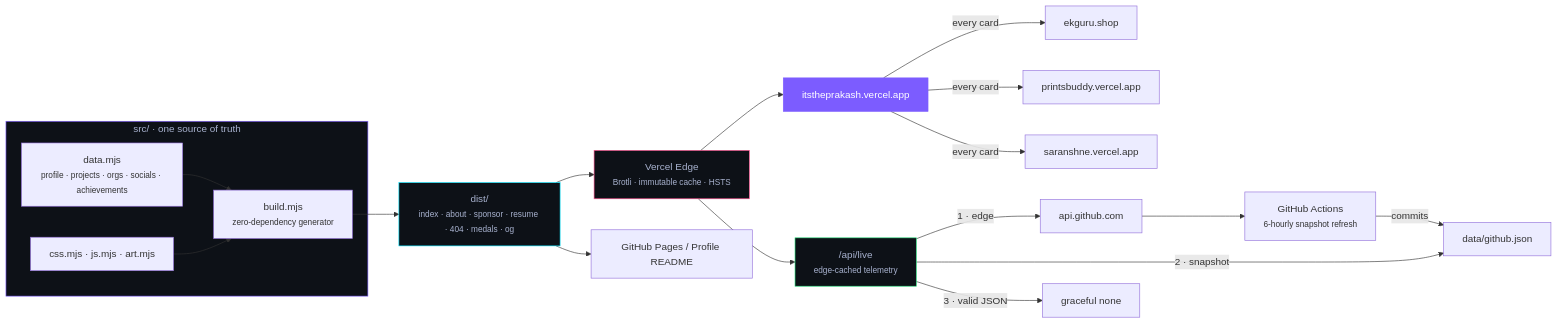
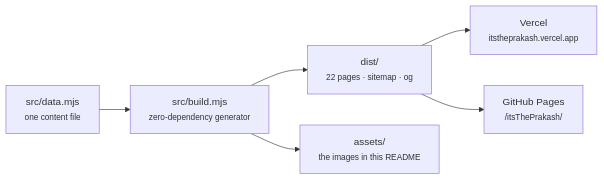
One commit to itsThePrakash/itsThePrakash changed the diagram in README.md. Above: the diagram before and after it, drawn with Mermaid. The commit also changed other lines of this file and 22 other files, not shown here.

Commit message:
feat: Pages build with sub-path links, self-hosted README art, lighter stack section, per-page keywords

````diff
--- a/README.md
+++ b/README.md
@@ -318,35 +103,8 @@
 ```mermaid
 graph LR
-    subgraph SOURCE["src/ · one source of truth"]
-        D["data.mjs<br/><small>profile · projects · orgs · socials · achievements</small>"]
-        C["css.mjs · js.mjs · art.mjs"]
-        B["build.mjs<br/><small>zero-dependency generator</small>"]
-        D --> B
-        C --> B
-    end
-
-    B --> OUT["dist/<br/><small>index · about · sponsor · resume · 404 · medals · og</small>"]
-
-    OUT --> V["Vercel Edge<br/><small>Brotli · immutable cache · HSTS</small>"]
-    OUT --> GH["GitHub Pages / Profile README"]
-
-    V --> LIVE["itstheprakash.vercel.app"]
-    V --> API["/api/live<br/><small>edge-cached telemetry</small>"]
-
-    API -->|"1 · edge"| GHREST["api.github.com"]
-    API -->|"2 · snapshot"| SNAP["data/github.json"]
-    API -->|"3 · valid JSON"| NONE["graceful none"]
-
-    GHREST --> WF["GitHub Actions<br/><small>6-hourly snapshot refresh</small>"]
-    WF -->|commits| SNAP
-
-    LIVE -->|"every card"| P1["ekguru.shop"]
-    LIVE -->|"every card"| P2["printsbuddy.vercel.app"]
-    LIVE -->|"every card"| P3["saranshne.vercel.app"]
-
-    style SOURCE fill:#0d1117,stroke:#7c5cff,color:#a8b2cf
-    style OUT fill:#0d1117,stroke:#00e5ff,color:#a8b2cf
-    style V fill:#0d1117,stroke:#ff4d8d,color:#a8b2cf
-    style LIVE fill:#7c5cff,stroke:#7c5cff,color:#ffffff
-    style API fill:#0d1117,stroke:#22e07a,color:#a8b2cf
+    D["src/data.mjs<br/><small>one content file</small>"] --> B["src/build.mjs<br/><small>zero-dependency generator</small>"]
+    B --> O["dist/<br/><small>22 pages · sitemap · og</small>"]
+    B --> A["assets/<br/><small>the images in this README</small>"]
+    O --> V["Vercel<br/><small>itstheprakash.vercel.app</small>"]
+    O --> P["GitHub Pages<br/><small>/itsThePrakash/</small>"]
 ```
````
